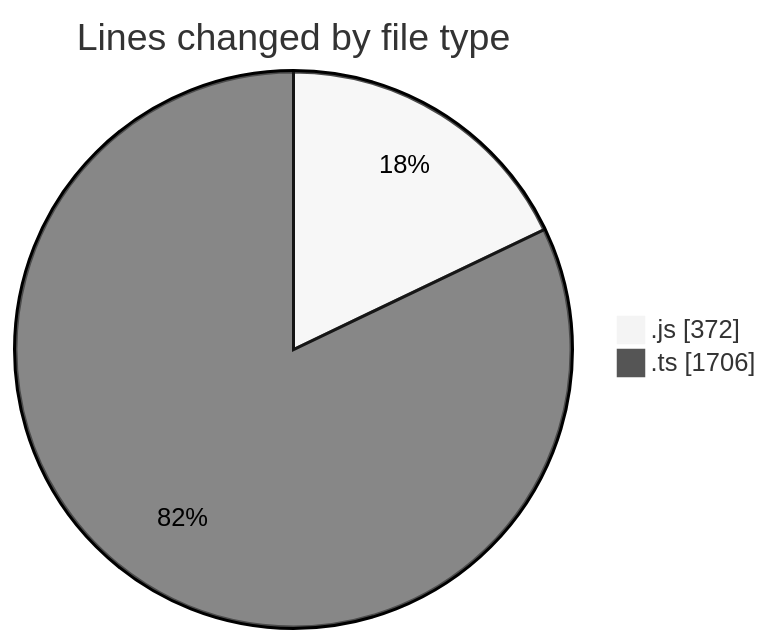
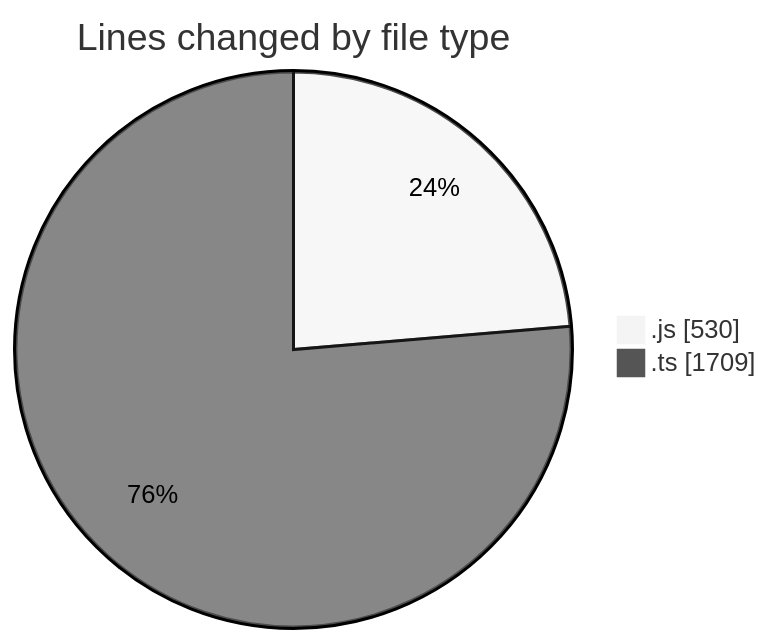
The first of 2 diagrams in 2025-05-29/cda/README.md (momahboobian/code-tracking), drawn with Mermaid (neutral theme) before and after one commit. The commit also changed other lines of this file and 1 other file, not shown here.

````diff
--- a/2025-05-29/cda/README.md
+++ b/2025-05-29/cda/README.md
@@ -22,6 +22,6 @@
 ```mermaid
 pie showData
 title Lines changed by file type
-".js" : 372
-".ts" : 1706
+".js" : 530
+".ts" : 1709
 ```
````
